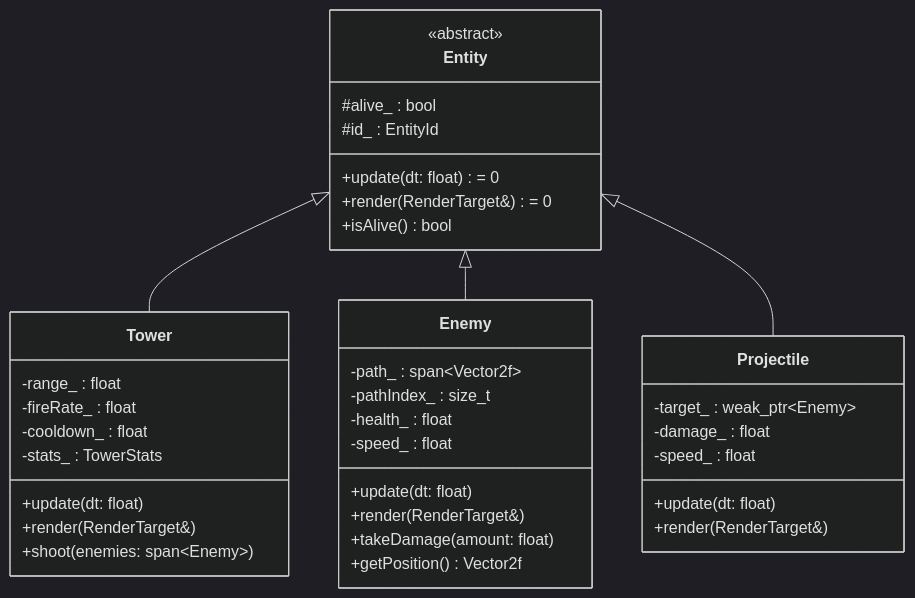
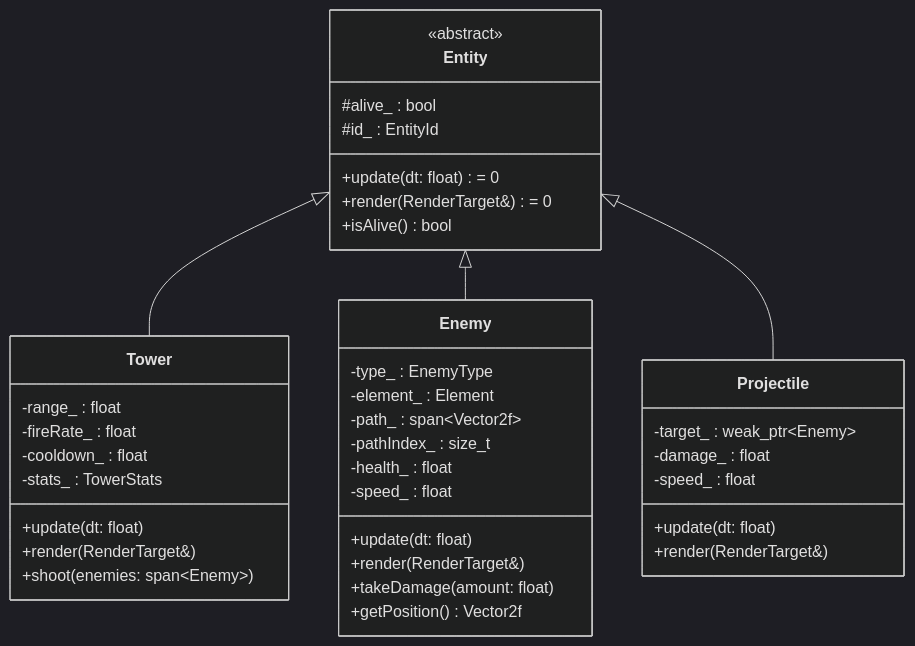
One commit to chuipagro/defender changed the third of 11 diagrams in docs/architecture.md. Above: the diagram before and after it, drawn with Mermaid (dark theme). The commit also changed other lines of this file and 93 other files, not shown here.

````diff
--- a/docs/architecture.md
+++ b/docs/architecture.md
@@ -59,44 +59,46 @@
 ```mermaid
 classDiagram
     class Entity {
         <<abstract>>
         +update(dt: float) = 0
         +render(RenderTarget&) = 0
         +isAlive() bool
         #alive_ : bool
         #id_ : EntityId
     }
 
     class Tower {
         +update(dt: float)
         +render(RenderTarget&)
         +shoot(enemies: span~Enemy~)
         -range_ : float
         -fireRate_ : float
         -cooldown_ : float
         -stats_ : TowerStats
     }
 
     class Enemy {
         +update(dt: float)
         +render(RenderTarget&)
         +takeDamage(amount: float)
         +getPosition() Vector2f
+        -type_ : EnemyType
+        -element_ : Element
         -path_ : span~Vector2f~
         -pathIndex_ : size_t
         -health_ : float
         -speed_ : float
     }
 
     class Projectile {
         +update(dt: float)
         +render(RenderTarget&)
         -target_ : weak_ptr~Enemy~
         -damage_ : float
         -speed_ : float
     }
 
     Entity <|-- Tower
     Entity <|-- Enemy
     Entity <|-- Projectile
 ```
````
